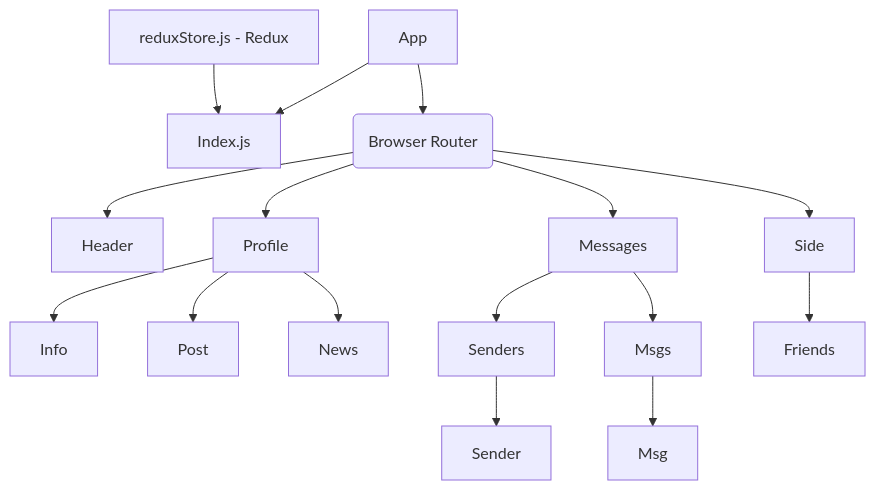
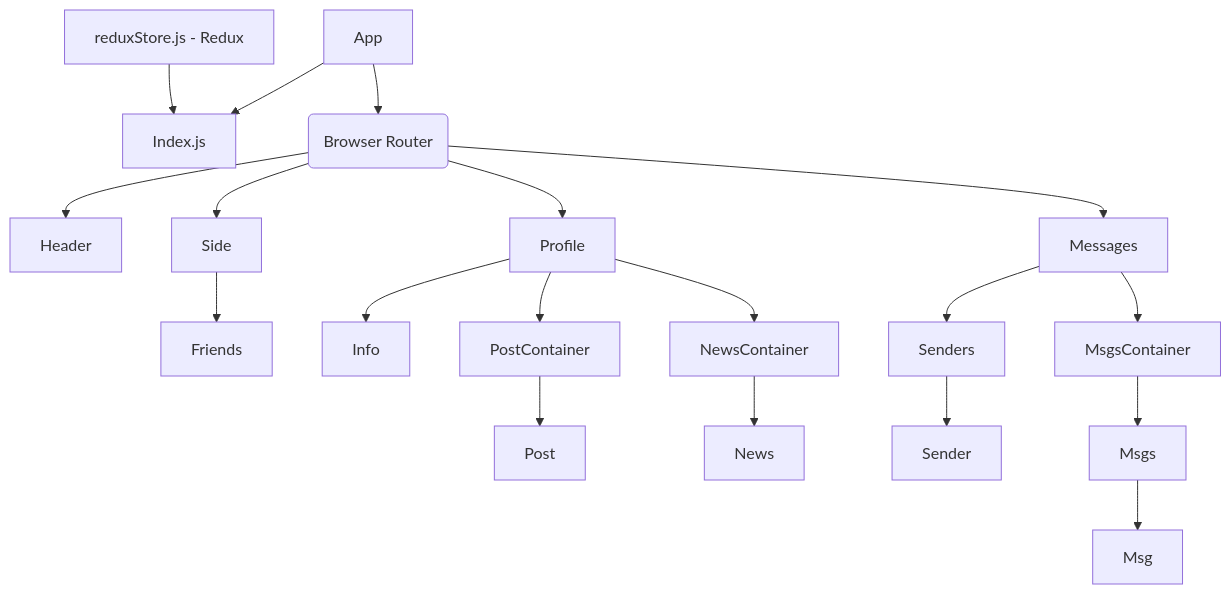
The diagram in my-app/README.md (anna1luna/react_redux), drawn with Mermaid before and after one commit.

````diff
--- a/my-app/README.md
+++ b/my-app/README.md
@@ -1,19 +1,25 @@
 ```mermaid
+
 flowchart TD;
 00[reduxStore.js - Redux]
     00-->0[Index.js]
     A[App] -->0
 A[App] -->B(Browser Router);
 B --> D[Header];
 B -->E[Side];
 B -->F[Profile];
 B -->G[Messages];
 F -->F1[Info];
-F -->F2[Post];
-F -->F3[News];
+F -->F2[PostContainer];
+F -->F3[NewsContainer];
 G -->G1[Senders];
-G -->G2[Msgs];
+G -->G2[MsgsContainer];
 G1-->G1_1[Sender];
-G2-->G2_2[Msg];
 E -->E1[Friends]
+ F2 --> PostContainer[Post ];
+ F3 --> NewsContainer[News ];
+ G2  --> G2_2[Msgs];
+ G2_2 --> G_2_2[Msg]
+
+
 ```
````
